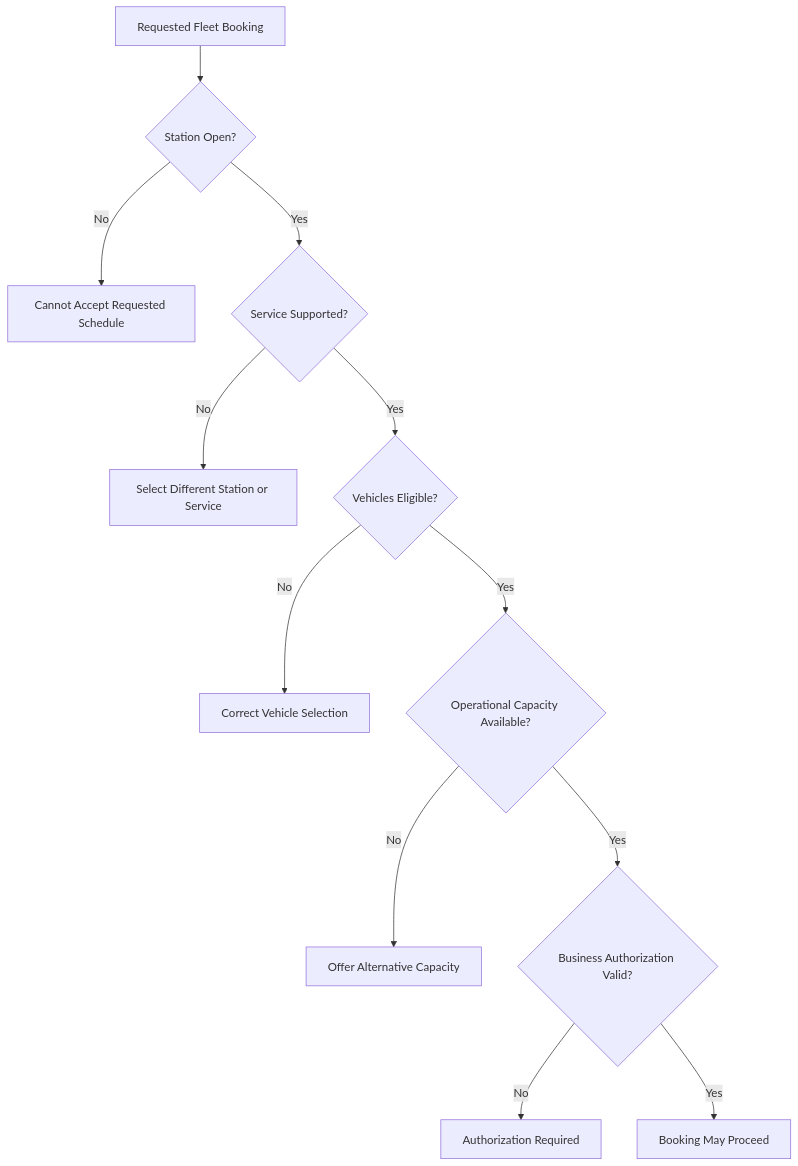
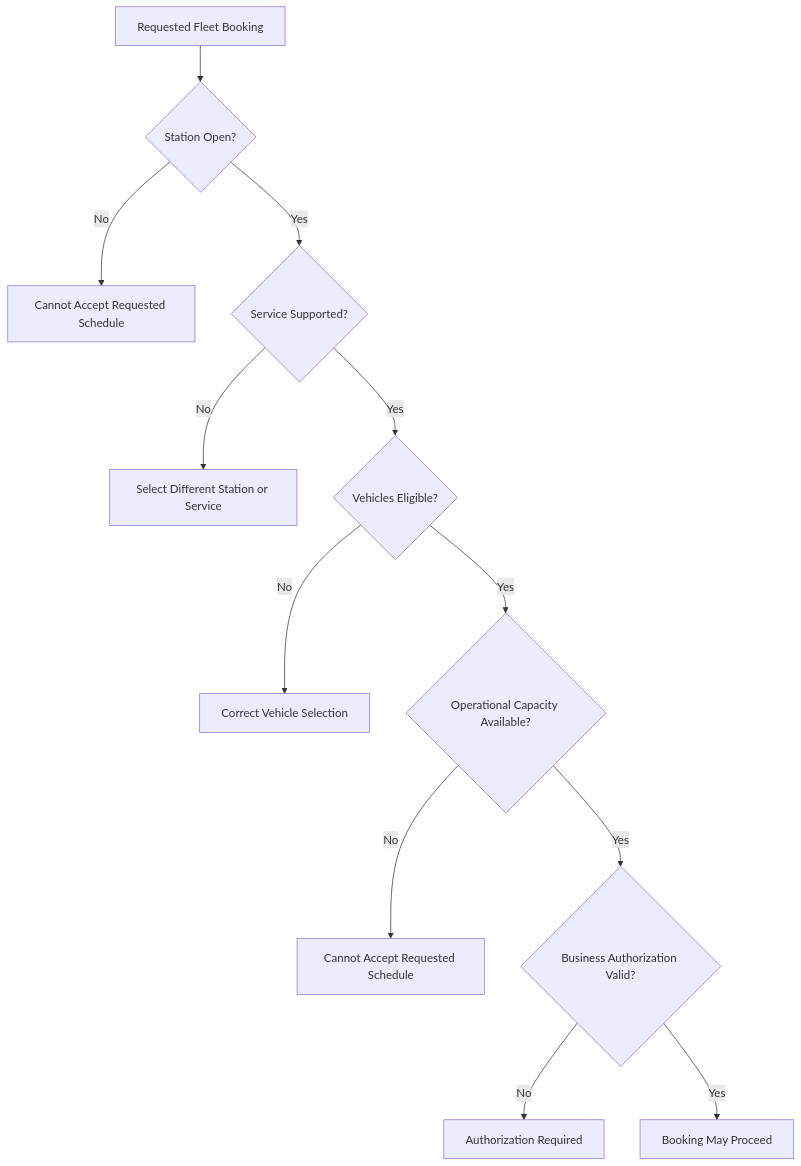
One commit to sheikh-zeeshan/Enterprise-AI-Engineering-Handbook changed the seventh of 13 diagrams in book/46-business-domain.md. Above: the diagram before and after it, drawn with Mermaid. The commit also changed other lines of this file and 3 other files, not shown here.

````diff
--- a/book/46-business-domain.md
+++ b/book/46-business-domain.md
@@ -2654,20 +2686,20 @@
 ```mermaid
 flowchart TD
     R[Requested Fleet Booking]
 
     R --> S{Station Open?}
     S -->|No| X1[Cannot Accept Requested Schedule]
     S -->|Yes| SV{Service Supported?}
 
     SV -->|No| X2[Select Different Station or Service]
     SV -->|Yes| VE{Vehicles Eligible?}
 
     VE -->|No| X3[Correct Vehicle Selection]
     VE -->|Yes| CA{Operational Capacity Available?}
 
-    CA -->|No| X4[Offer Alternative Capacity]
+    CA -->|No| X4[Cannot Accept Requested Schedule]
     CA -->|Yes| AU{Business Authorization Valid?}
 
     AU -->|No| X5[Authorization Required]
     AU -->|Yes| AC[Booking May Proceed]
 ```
````
